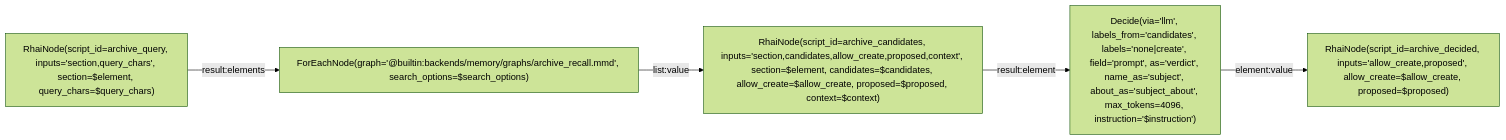
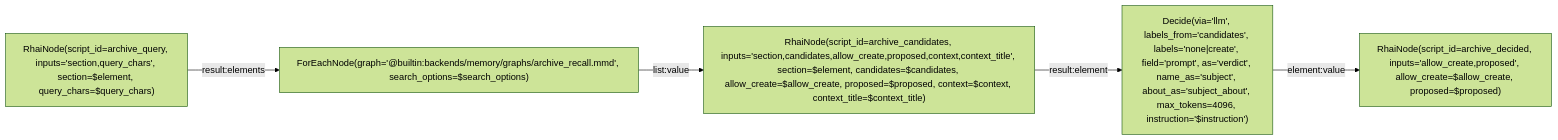
Before and after one commit to L-Defraiteur/rag3db: the diagram in extension/rag3weaver/templates/backends/memory/graphs/archive_decide.mmd, drawn with Mermaid (forest theme). The commit also changed 2 other files, not shown here.

Commit message:
feat(memoire): le titre du contexte d'archive se règle (context_title), le défaut d'avant reste ; la variante mesurée par le banc dite dans le gabarit

```diff
--- a/extension/rag3weaver/templates/backends/memory/graphs/archive_decide.mmd
+++ b/extension/rag3weaver/templates/backends/memory/graphs/archive_decide.mmd
@@ -1,24 +1,25 @@
 %% tool: archive_decide
 %% description: Une section (l'élément) : les fiches candidates par la recherche, puis la décision fermée du modèle (une candidate, none, create), rendue comme l'élément des écritures (kind, fiche, records, liens, provenance). Appelé une fois par section par le ForEachNode de archive.
 %% Les étiquettes candidate_N sont résolues par archive_decided vers les noms exacts ; les noms et descriptions restent dans le prompt.
 %% Le plafond du Decide (max_tokens=4096) : la réponse porte une étiquette, un nom et une phrase, et Gemini 3.x compte sa réflexion dedans ; le défaut de 2048 en tronquait 1 section sur 432 et 1 sur 152 (15 novembre 2026).
 %% param: element json! -- La section : {title, level, text, anchor, index, chemin, titre, origine}.
 %% param: candidates int = 5 -- Fiches candidates gardées.
 %% param: allow_create bool = false -- create permis (éteint par défaut, comme archive).
 %% param: instruction string! -- Ce que l'étiquette veut dire, pour le modèle ; sans apostrophe droite (substituée entre apostrophes dans la configuration du Decide ; la typographique ’ passe).
 %% param: search_options json! -- Les options de la recherche de candidates (limit…).
 %% param: context string = "" -- Ce qui précède, montré au modèle avant la section, jamais rangé (archive, param context).
+%% param: context_title string = "Ce qui précède (déjà rangé, ne pas ranger) :" -- Le titre posé devant le contexte (archive, param context_title).
 %% param: query_chars int = 4000 -- La borne de la requête de la recherche des candidates (archive, param query_chars).
 %% param: proposed json = [] -- Les fiches proposées par les sections précédentes du même document ({name, about, state, via}), portées par le ForEachNode d'archive (carry) : elles ne sont pas encore cherchables, la transaction de l'outil ne les a pas validées.
 %% result: decided.result
 
 graph LR
     requete["RhaiNode(script_id=archive_query, inputs='section,query_chars', section=$element, query_chars=$query_chars)"]
     recall["ForEachNode(graph='@builtin:backends/memory/graphs/archive_recall.mmd', search_options=$search_options)"]
-    prepare["RhaiNode(script_id=archive_candidates, inputs='section,candidates,allow_create,proposed,context', section=$element, candidates=$candidates, allow_create=$allow_create, proposed=$proposed, context=$context)"]
+    prepare["RhaiNode(script_id=archive_candidates, inputs='section,candidates,allow_create,proposed,context,context_title', section=$element, candidates=$candidates, allow_create=$allow_create, proposed=$proposed, context=$context, context_title=$context_title)"]
     decide["Decide(via='llm', labels_from='candidates', labels='none|create', field='prompt', as='verdict', name_as='subject', about_as='subject_about', max_tokens=4096, instruction='$instruction')"]
     decided["RhaiNode(script_id=archive_decided, inputs='allow_create,proposed', allow_create=$allow_create, proposed=$proposed)"]
     requete -->|result:elements| recall
     recall -->|list:value| prepare
     prepare -->|result:element| decide
     decide -->|element:value| decided
```
